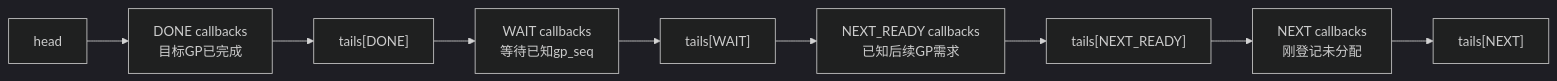
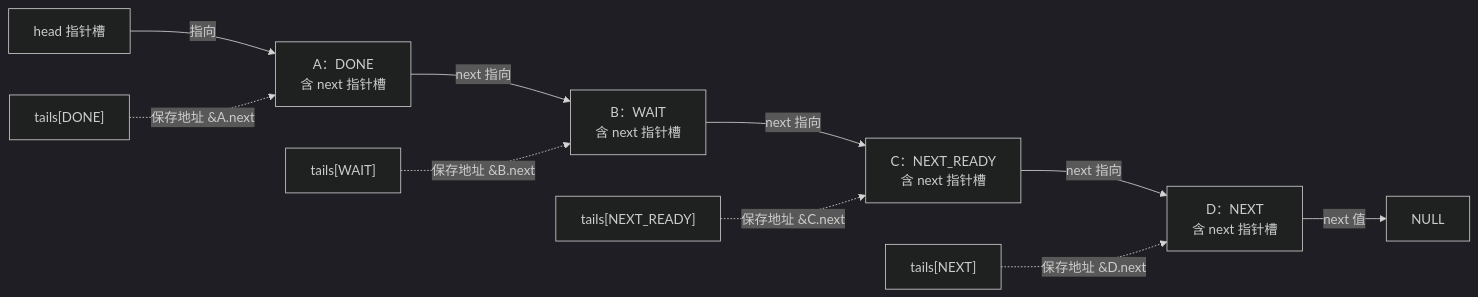
One commit to FormingSystem/linux_note changed the first of 2 diagrams in knowledge/linux/synchronization_and_asynchrony/synchronization/rcu/P11_Tree_RCU_rcu_segcblist回调状态机.md. Above: the diagram before and after it, drawn with Mermaid (dark theme). The commit also changed other lines of this file and 5 other files, not shown here.

````diff
--- a/knowledge/linux/synchronization_and_asynchrony/synchronization/rcu/P11_Tree_RCU_rcu_segcblist回调状态机.md
+++ b/knowledge/linux/synchronization_and_asynchrony/synchronization/rcu/P11_Tree_RCU_rcu_segcblist回调状态机.md
@@ -49,11 +56,12 @@
 ```mermaid
 flowchart LR
-    H["head"] --> D1["DONE callbacks<br/>目标GP已完成"]
-    D1 --> T0["tails[DONE]"]
-    T0 --> W1["WAIT callbacks<br/>等待已知gp_seq"]
-    W1 --> T1["tails[WAIT]"]
-    T1 --> R1["NEXT_READY callbacks<br/>已知后续GP需求"]
-    R1 --> T2["tails[NEXT_READY]"]
-    T2 --> N1["NEXT callbacks<br/>刚登记未分配"]
-    N1 --> T3["tails[NEXT]"]
+    H["head 指针槽"] -->|指向| A["A：DONE<br/>含 next 指针槽"]
+    A -->|next 指向| B["B：WAIT<br/>含 next 指针槽"]
+    B -->|next 指向| C["C：NEXT_READY<br/>含 next 指针槽"]
+    C -->|next 指向| D["D：NEXT<br/>含 next 指针槽"]
+    D -->|next 值| Z["NULL"]
+    T0["tails[DONE]"] -.->|保存地址 &A.next| A
+    T1["tails[WAIT]"] -.->|保存地址 &B.next| B
+    T2["tails[NEXT_READY]"] -.->|保存地址 &C.next| C
+    T3["tails[NEXT]"] -.->|保存地址 &D.next| D
 ```
````
